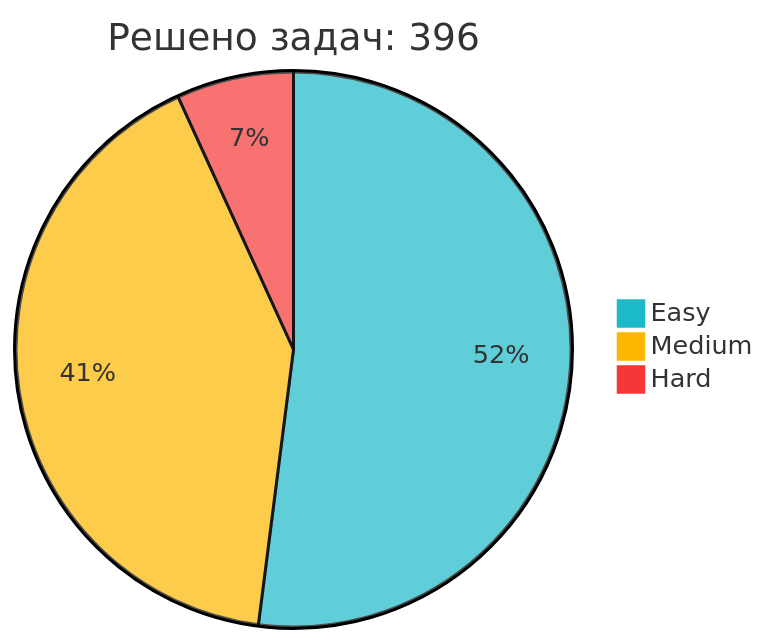
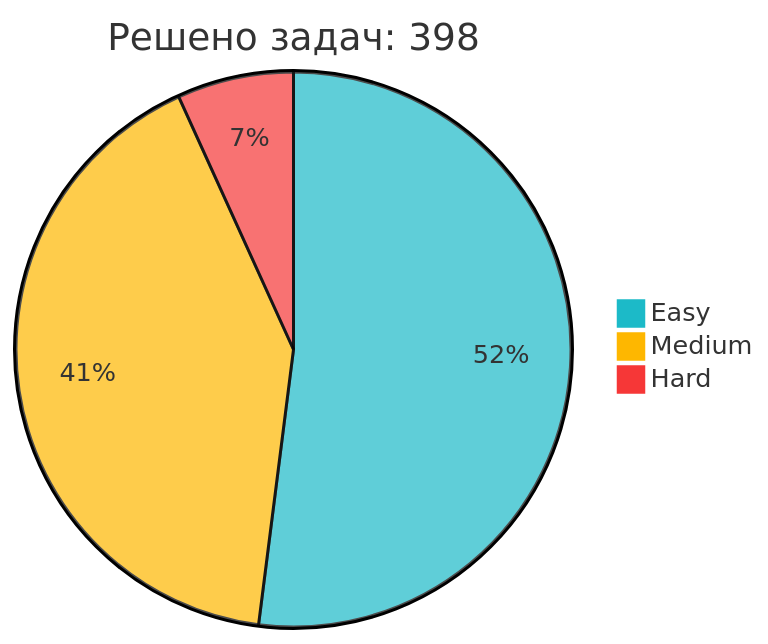
Before and after one commit to IliaKurdukov/IliaKurdukov: the diagram in README.md, drawn with Mermaid. The commit also changed other lines of this file, not shown here.

Commit message:
📈 Обновление статистики LeetCode

````diff
--- a/README.md
+++ b/README.md
@@ -51,7 +51,7 @@
 ```mermaid
 %%{init: {'theme': 'base', 'themeVariables': { 'pie1': '#1CBAC8', 'pie2': '#FEB700', 'pie3': '#F63737' }, 'config': {'width': 300, 'height': 200}}}%%
-pie title Решено задач: 396
-   "Easy" : 206
-   "Medium" : 163
+pie title Решено задач: 398
+   "Easy" : 207
+   "Medium" : 164
    "Hard" : 27
 ```
````
